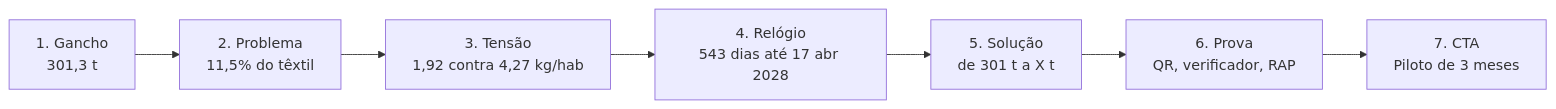
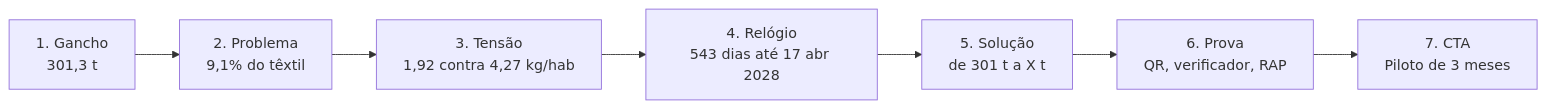
One commit to helderpgoncalves/novelo changed the diagram in docs/projeto/visualizacoes-por-pagina.md. Above: the diagram before and after it, drawn with Mermaid. The commit also changed other lines of this file and 126 other files, not shown here.

````diff
--- a/docs/projeto/visualizacoes-por-pagina.md
+++ b/docs/projeto/visualizacoes-por-pagina.md
@@ -624,9 +624,9 @@
 ```mermaid
 flowchart LR
-    A["1. Gancho<br/>301,3 t"] --> B["2. Problema<br/>11,5% do têxtil"]
+    A["1. Gancho<br/>301,3 t"] --> B["2. Problema<br/>9,1% do têxtil"]
     B --> C["3. Tensão<br/>1,92 contra 4,27 kg/hab"]
     C --> D["4. Relógio<br/>543 dias até 17 abr 2028"]
     D --> E["5. Solução<br/>de 301 t a X t"]
     E --> F["6. Prova<br/>QR, verificador, RAP"]
     F --> G["7. CTA<br/>Piloto de 3 meses"]
 ```
````
